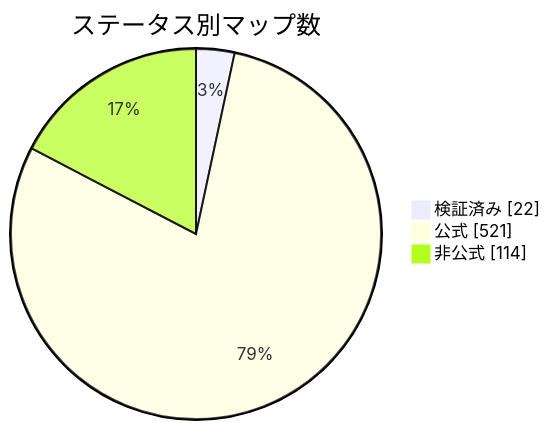
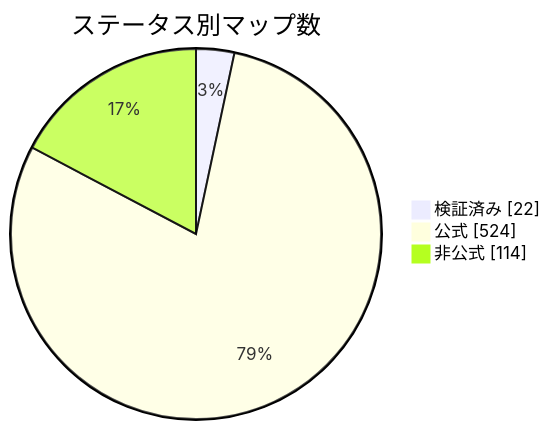
The diagram in docs/readme/README_JP.md (nobrega8/mbmap-library), drawn with Mermaid before and after one commit. The commit also changed 8 other files, not shown here.

````diff
--- a/docs/readme/README_JP.md
+++ b/docs/readme/README_JP.md
@@ -54,7 +54,7 @@
 ```mermaid
 pie showData
     title ステータス別マップ数
     "検証済み" : 22
-    "公式" : 521
+    "公式" : 524
     "非公式" : 114
 ```
````
